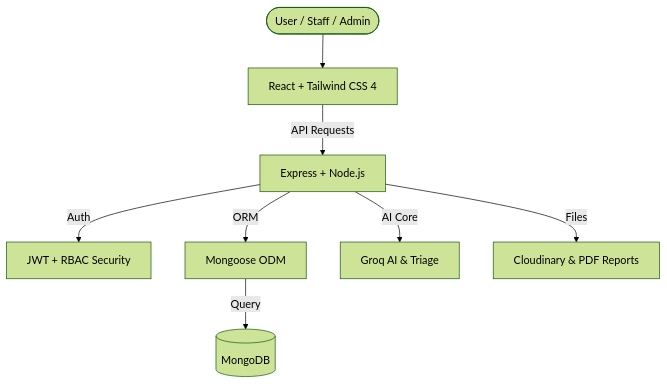
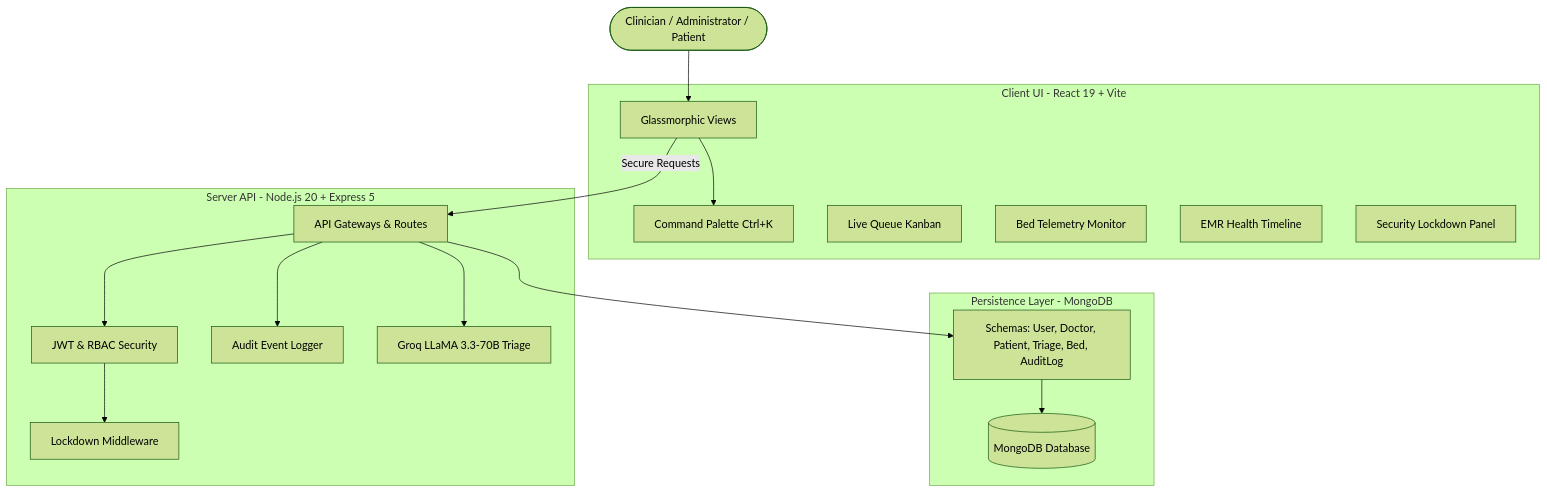
The diagram in README.md (ksingla1885/OrvantaHealth), drawn with Mermaid (forest theme) before and after one commit. The commit also changed other lines of this file, not shown here.

````diff
--- a/README.md
+++ b/README.md
@@ -16,23 +18,41 @@
 ```mermaid
 graph TD
-    %% Define Nodes
-    User([User / Staff / Admin])
-    Frontend[React + Tailwind CSS 4]
-    Backend[Express + Node.js]
-    Auth[JWT + RBAC Security]
-    ORM[Mongoose ODM]
-    AI[Groq AI & Triage]
-    Files[Cloudinary & PDF Reports]
-    Database[(MongoDB)]
+    %% Define Nodes with elegant labels
+    User([Clinician / Administrator / Patient])
+    
+    subgraph Frontend [Client UI - React 19 + Vite]
+        UI[Glassmorphic Views]
+        Palette[Command Palette Ctrl+K]
+        Kanban[Live Queue Kanban]
+        Telemetry[Bed Telemetry Monitor]
+        Timeline[EMR Health Timeline]
+        Security[Security Lockdown Panel]
+    end
 
-    %% Define Connections
-    User --> Frontend
-    Frontend --> |"API Requests"| Backend
+    subgraph Backend [Server API - Node.js 20 + Express 5]
+        API[API Gateways & Routes]
+        Auth[JWT & RBAC Security]
+        Lockdown[Lockdown Middleware]
+        Auditor[Audit Event Logger]
+        TriageAI[Groq LLaMA 3.3-70B Triage]
+    end
+
+    subgraph Database [Persistence Layer - MongoDB]
+        DB[(MongoDB Database)]
+        Models[Schemas: User, Doctor, Patient, Triage, Bed, AuditLog]
+    end
+
+    %% Connections
+    User --> UI
+    UI --> Palette
     
-    Backend --> |"Auth"| Auth
-    Backend --> |"ORM"| ORM
-    Backend --> |"AI Core"| AI
-    Backend --> |"Files"| Files
+    UI --> |"Secure Requests"| API
+    API --> Auth
+    Auth --> Lockdown
     
-    ORM --> |"Query"| Database
+    API --> TriageAI
+    API --> Auditor
+    
+    API --> Models
+    Models --> DB
 ```
````
